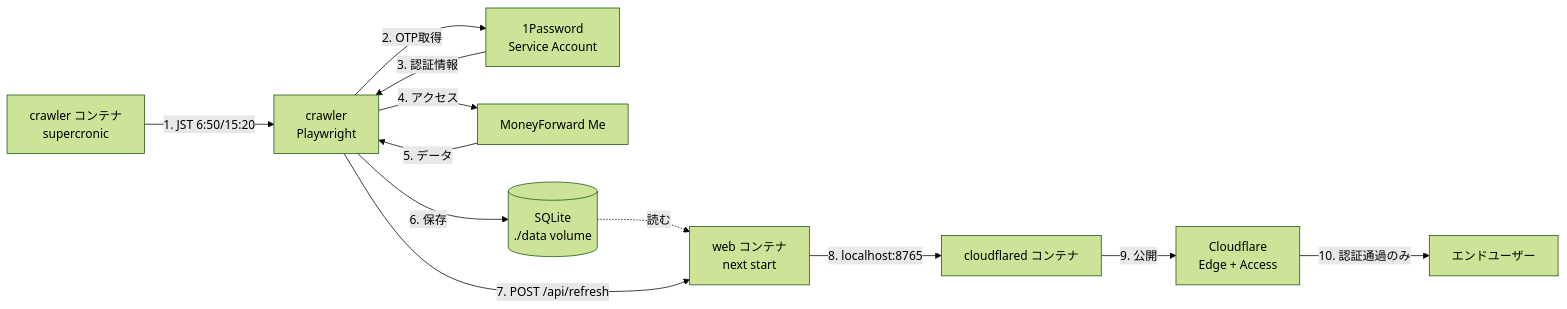
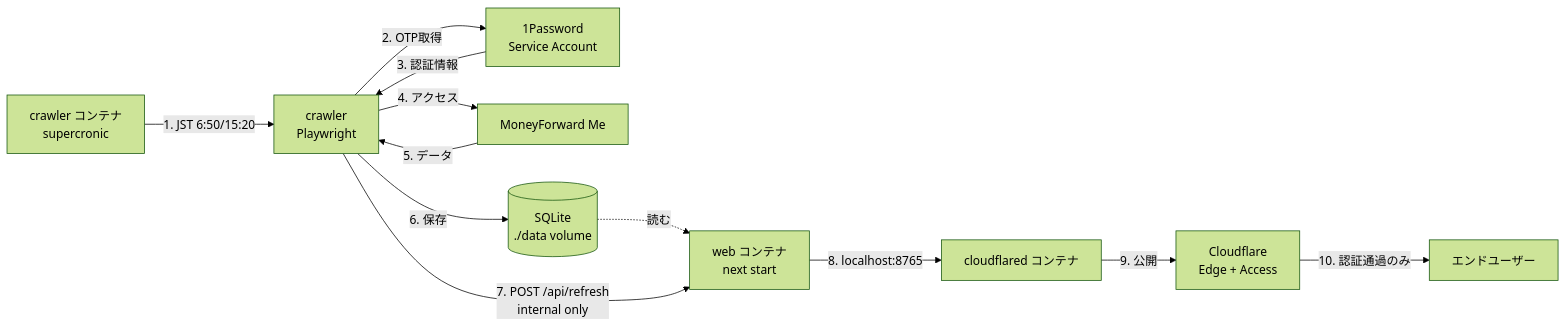
The diagram in README.md (hiroppy/mf-dashboard), drawn with Mermaid (forest theme) before and after one commit. The commit also changed other lines of this file and 6 other files, not shown here.

First line of the commit message:
refactor: drop bearer auth from internal /api/refresh

````diff
--- a/README.md
+++ b/README.md
@@ -47,14 +47,14 @@
 ```mermaid
 graph LR
     A[crawler コンテナ<br/>supercronic] -->|1. JST 6:50/15:20| B[crawler<br/>Playwright]
     B -->|2. OTP取得| E[1Password<br/>Service Account]
     E -->|3. 認証情報| B
     B -->|4. アクセス| F[MoneyForward Me]
     F -->|5. データ| B
     B -->|6. 保存| C[(SQLite<br/>./data volume)]
     C -.読む.-> W[web コンテナ<br/>next start]
-    B -->|7. POST /api/refresh| W
+    B -->|7. POST /api/refresh<br/>internal only| W
     W -->|8. localhost:8765| H[cloudflared コンテナ]
     H -->|9. 公開| I[Cloudflare<br/>Edge + Access]
     I -->|10. 認証通過のみ| J[エンドユーザー]
 ```
````
